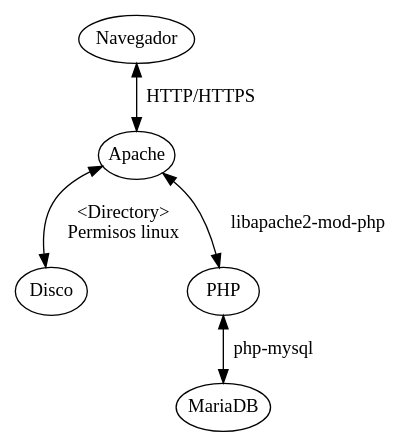
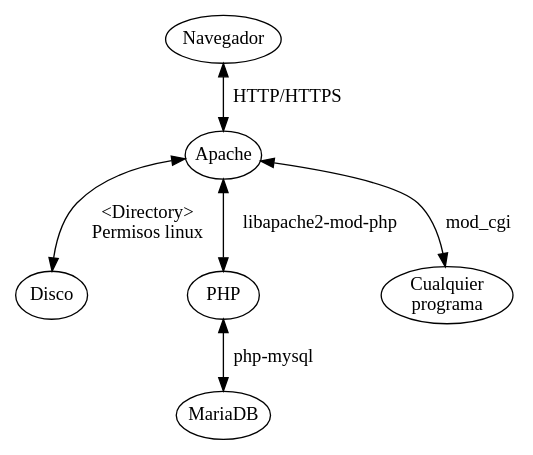
One commit to alvarogonzalezsotillo/apuntes-clase changed the diagram in implantacion-aplicaciones-web-asir2/apuntes/UT01/UT01.org. Above: the diagram before and after it, drawn with Graphviz. The commit also changed other lines of this file and 4 other files, not shown here.

```diff
--- a/implantacion-aplicaciones-web-asir2/apuntes/UT01/UT01.org
+++ b/implantacion-aplicaciones-web-asir2/apuntes/UT01/UT01.org
@@ -199,17 +223,18 @@
 #+BEGIN_SRC dot :file ./media/tareas-en-la-practica.png :exports results :cmd dot :cmdline -T png
 digraph {
   compound=true
   label=""
   node [shape="ellipse",margin=0];
   edge [dir="both"];
   rankdir=TD;
 
 
   "Navegador" -> "Apache" [label="HTTP/HTTPS"]
   "Apache" -> "Disco" [label="<Directory>\nPermisos linux"]
   "Apache" -> "PHP" [label="libapache2-mod-php"]
   "PHP" -> "MariaDB" [label="php-mysql"]
+  "Apache" -> "Cualquier\nprograma" [label="mod_cgi"]
                 
 }
 
 #+end_src
```
